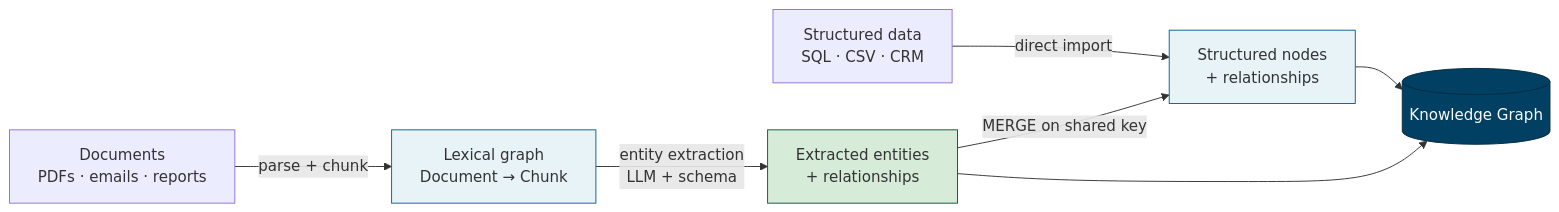
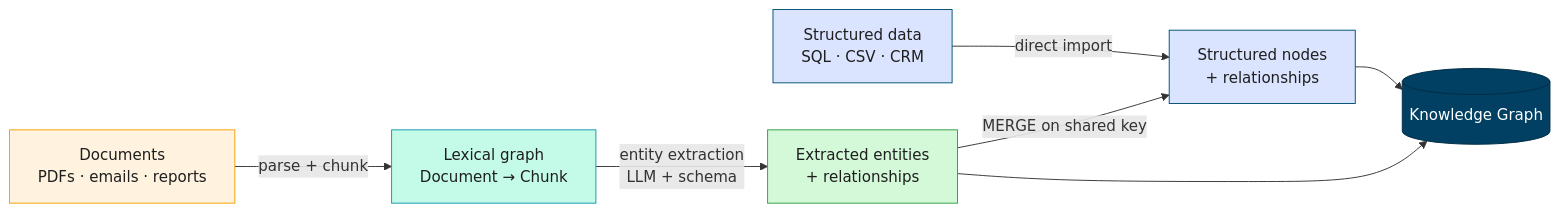
The sixth of 13 diagrams in outputs/Graph_Intelligence_Technical_DeepDive.md (joy-neo4j/graph-intelligence-agent), drawn with Mermaid before and after one commit. The commit also changed other lines of this file and 1 other file, not shown here.

First line of the commit message:
style(diagrams): restyle all Mermaid diagrams for contrast and colour

````diff
--- a/outputs/Graph_Intelligence_Technical_DeepDive.md
+++ b/outputs/Graph_Intelligence_Technical_DeepDive.md
@@ -412,13 +428,15 @@
 ```mermaid
 flowchart LR
     S["Structured data<br/>SQL · CSV · CRM"] -->|"direct import"| SN["Structured nodes<br/>+ relationships"]
     D["Documents<br/>PDFs · emails · reports"] -->|"parse + chunk"| LG["Lexical graph<br/>Document → Chunk"]
     LG -->|"entity extraction<br/>LLM + schema"| EN["Extracted entities<br/>+ relationships"]
     EN -->|"MERGE on shared key"| SN
     EN --> KG
     SN --> KG[("Knowledge Graph")]
-    style SN fill:#E8F3F8,stroke:#0A6190
-    style LG fill:#E8F3F8,stroke:#0A6190
-    style EN fill:#D6ECD8,stroke:#145439
-    style KG fill:#014063,color:#FCF9F6,stroke:#002B43
+    style S fill:#dbe4ff,stroke:#005073,color:#1e1e1e
+    style D fill:#fff3e0,stroke:#f59f00,color:#1e1e1e
+    style SN fill:#dbe4ff,stroke:#005073,color:#1e1e1e
+    style LG fill:#c3fae8,stroke:#1098ad,color:#1e1e1e
+    style EN fill:#d3f9d8,stroke:#2f9e44,color:#1e1e1e
+    style KG fill:#014063,color:#fff,stroke:#002B43
 ```
````
